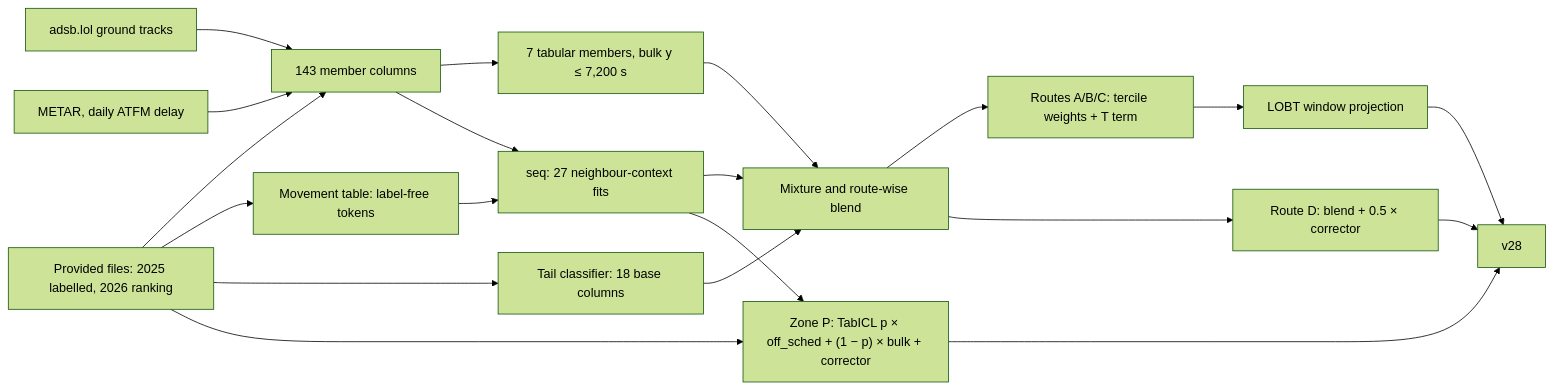
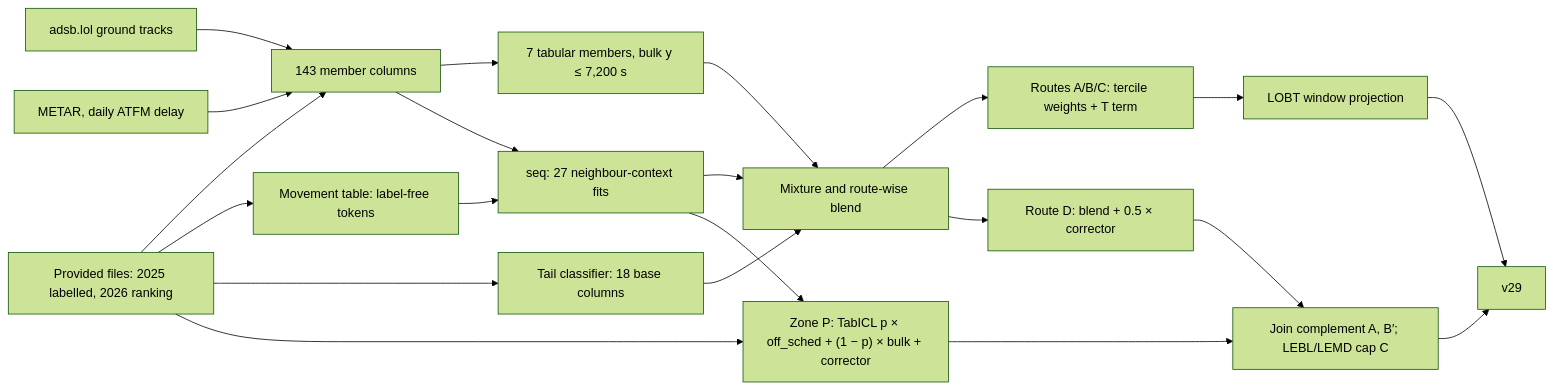
One commit to alexl4123/2026-PRC-Challenge changed the diagram in docs/MODEL.md. Above: the diagram before and after it, drawn with Mermaid (forest theme). The commit also changed other lines of this file and 6 other files, not shown here.

Commit message:
Docs: v29 (join complement) entries, final-phase section (PRC_RANKING=final rebuild, checks, final file SHA, to be uploaded), EUROCONTROL monthly file: policy change on 10-09 and measured result (worse, not used), deadlines 2026-10-14 10:00 UTC

````diff
--- a/docs/MODEL.md
+++ b/docs/MODEL.md
@@ -166,23 +167,24 @@
 ```mermaid
 flowchart LR
   F["Provided files: 2025 labelled, 2026 ranking"] --> X["143 member columns"]
   A["adsb.lol ground tracks"] --> X
   W["METAR, daily ATFM delay"] --> X
   F --> T["Movement table: label-free tokens"]
   X --> M["7 tabular members, bulk y ≤ 7,200 s"]
   X --> S["seq: 27 neighbour-context fits"]
   T --> S
   F --> C["Tail classifier: 18 base columns"]
   M --> B["Mixture and route-wise blend"]
   S --> B
   C --> B
   B --> ABC["Routes A/B/C: tercile weights + T term"]
   B --> D["Route D: blend + 0.5 × corrector"]
   P["Zone P: TabICL p × off_sched + (1 − p) × bulk + corrector"]
   F --> P
   S --> P
   ABC --> L["LOBT window projection"]
-  L --> O["v28"]
-  D --> O
-  P --> O
+  L --> O["v29"]
+  D --> J["Join complement A, B′; LEBL/LEMD cap C"]
+  P --> J
+  J --> O
 ```
````
